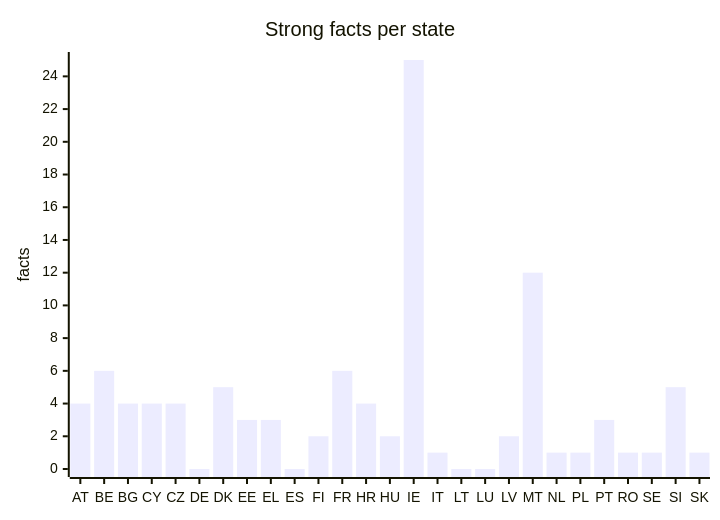
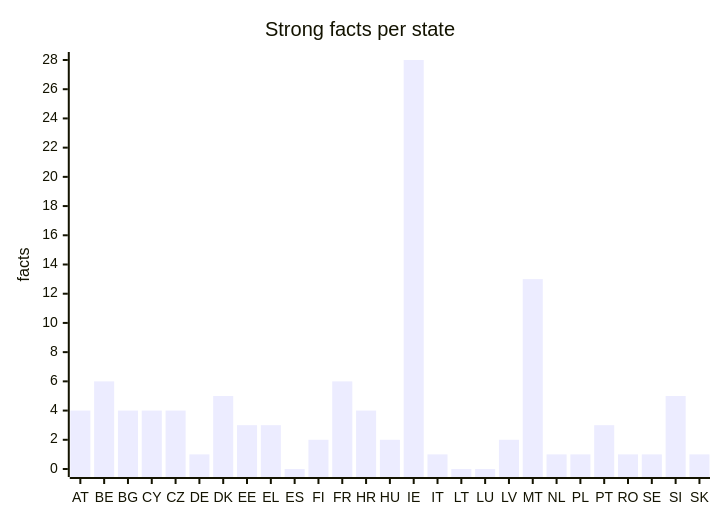
The fifth of 5 diagrams in docs/evidence.md (EU27-data-sovereignty/eu27-data-sovereignty), drawn with Mermaid before and after one commit. The commit also changed other lines of this file and 125 other files, not shown here.

````diff
--- a/docs/evidence.md
+++ b/docs/evidence.md
@@ -93,7 +93,7 @@
 ```mermaid
 xychart-beta
   title "Strong facts per state"
   x-axis [AT, BE, BG, CY, CZ, DE, DK, EE, EL, ES, FI, FR, HR, HU, IE, IT, LT, LU, LV, MT, NL, PL, PT, RO, SE, SI, SK]
-  y-axis "facts" 0 --> 25
-  bar [4, 6, 4, 4, 4, 0, 5, 3, 3, 0, 2, 6, 4, 2, 25, 1, 0, 0, 2, 12, 1, 1, 3, 1, 1, 5, 1]
+  y-axis "facts" 0 --> 28
+  bar [4, 6, 4, 4, 4, 1, 5, 3, 3, 0, 2, 6, 4, 2, 28, 1, 0, 0, 2, 13, 1, 1, 3, 1, 1, 5, 1]
 ```
````
